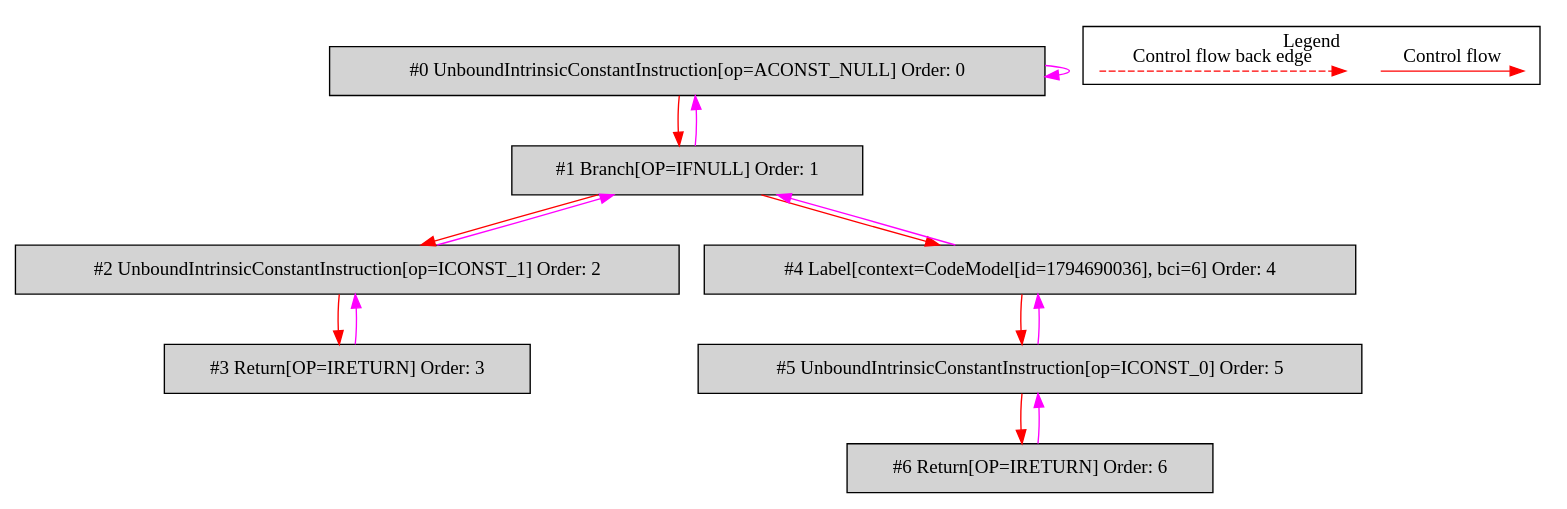
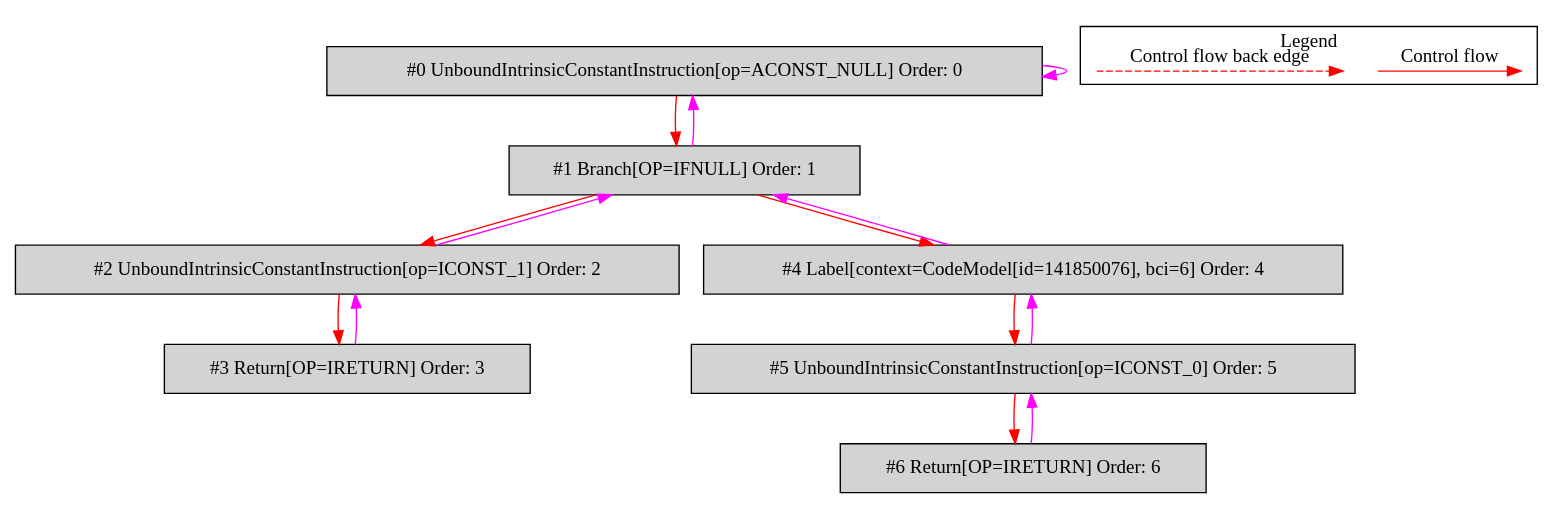
One commit to mirkosertic/MetaIR changed the diagram in de.mirkosertic.metair.ir.OpcodeIFNULLTest/test_IFNULL/bytecodecfg.dot. Above: the diagram before and after it, drawn with Graphviz. The commit also changed 973 other files, not shown here.

```diff
--- a/de.mirkosertic.metair.ir.OpcodeIFNULLTest/test_IFNULL/bytecodecfg.dot
+++ b/de.mirkosertic.metair.ir.OpcodeIFNULLTest/test_IFNULL/bytecodecfg.dot
@@ -1,37 +1,37 @@
 digraph {
  ordering="in";
  node0[label="#0 UnboundIntrinsicConstantInstruction[op=ACONST_NULL] Order: 0", shape=box, fillcolor=lightgrey, style=filled];
  node1[label="#1 Branch[OP=IFNULL] Order: 1", shape=box, fillcolor=lightgrey, style=filled];
  node2[label="#2 UnboundIntrinsicConstantInstruction[op=ICONST_1] Order: 2", shape=box, fillcolor=lightgrey, style=filled];
  node3[label="#3 Return[OP=IRETURN] Order: 3", shape=box, fillcolor=lightgrey, style=filled];
- node4[label="#4 Label[context=CodeModel[id=1794690036], bci=6] Order: 4", shape=box, fillcolor=lightgrey, style=filled];
+ node4[label="#4 Label[context=CodeModel[id=141850076], bci=6] Order: 4", shape=box, fillcolor=lightgrey, style=filled];
  node5[label="#5 UnboundIntrinsicConstantInstruction[op=ICONST_0] Order: 5", shape=box, fillcolor=lightgrey, style=filled];
  node6[label="#6 Return[OP=IRETURN] Order: 6", shape=box, fillcolor=lightgrey, style=filled];
  node0 -> node0[color=fuchsia];
  node0 -> node1[color=red];
  node1 -> node0[color=fuchsia];
  node1 -> node2[color=red];
  node2 -> node1[color=fuchsia];
  node2 -> node3[color=red];
  node3 -> node2[color=fuchsia];
  node1 -> node4[color=red];
  node4 -> node1[color=fuchsia];
  node4 -> node5[color=red];
  node5 -> node4[color=fuchsia];
  node5 -> node6[color=red];
  node6 -> node5[color=fuchsia];
  subgraph cluster_000 {
   label = "Legend";
   node [shape=point]
   {
    rank=same;
    c0 [style = invis];
    c1 [style = invis];
    c2 [style = invis];
    c3 [style = invis];
   }
   c0 -> c1 [label="Control flow", style=solid, color=red]
   c2 -> c3 [label="Control flow back edge", style=dashed, color=red]
  }
 
 }
```
